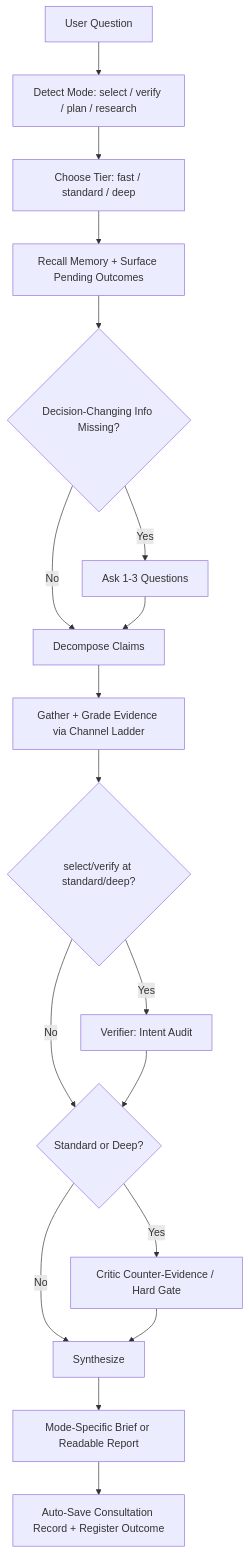
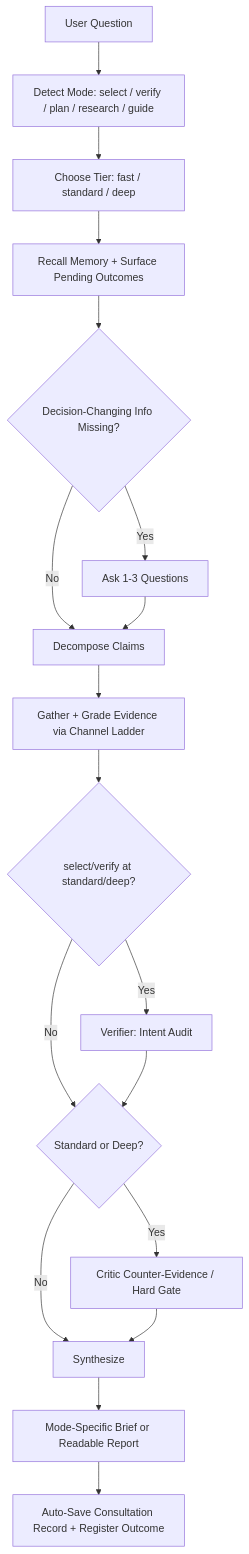
Before and after one commit to Arrowyi/consultation-agent-plugin: the second of 2 diagrams in docs/architecture.md, drawn with Mermaid. The commit also changed other lines of this file, not shown here.

Commit message:
Document the guide mode in the architecture spec

````diff
--- a/docs/architecture.md
+++ b/docs/architecture.md
@@ -183,20 +183,20 @@
 ```mermaid
 flowchart TD
-    Q[User Question] --> MODE[Detect Mode: select / verify / plan / research]
+    Q[User Question] --> MODE[Detect Mode: select / verify / plan / research / guide]
     MODE --> T[Choose Tier: fast / standard / deep]
     T --> M[Recall Memory + Surface Pending Outcomes]
     M --> C{Decision-Changing Info Missing?}
     C -->|Yes| ASK[Ask 1-3 Questions]
     C -->|No| D[Decompose Claims]
     ASK --> D
     D --> R[Gather + Grade Evidence via Channel Ladder]
     R --> V{select/verify at standard/deep?}
     V -->|Yes| IA[Verifier: Intent Audit]
     V -->|No| X{Standard or Deep?}
     IA --> X
     X -->|Yes| CE[Critic Counter-Evidence / Hard Gate]
     X -->|No| SYN[Synthesize]
     CE --> SYN
     SYN --> O[Mode-Specific Brief or Readable Report]
     O --> SAVE[Auto-Save Consultation Record + Register Outcome]
 ```
````
